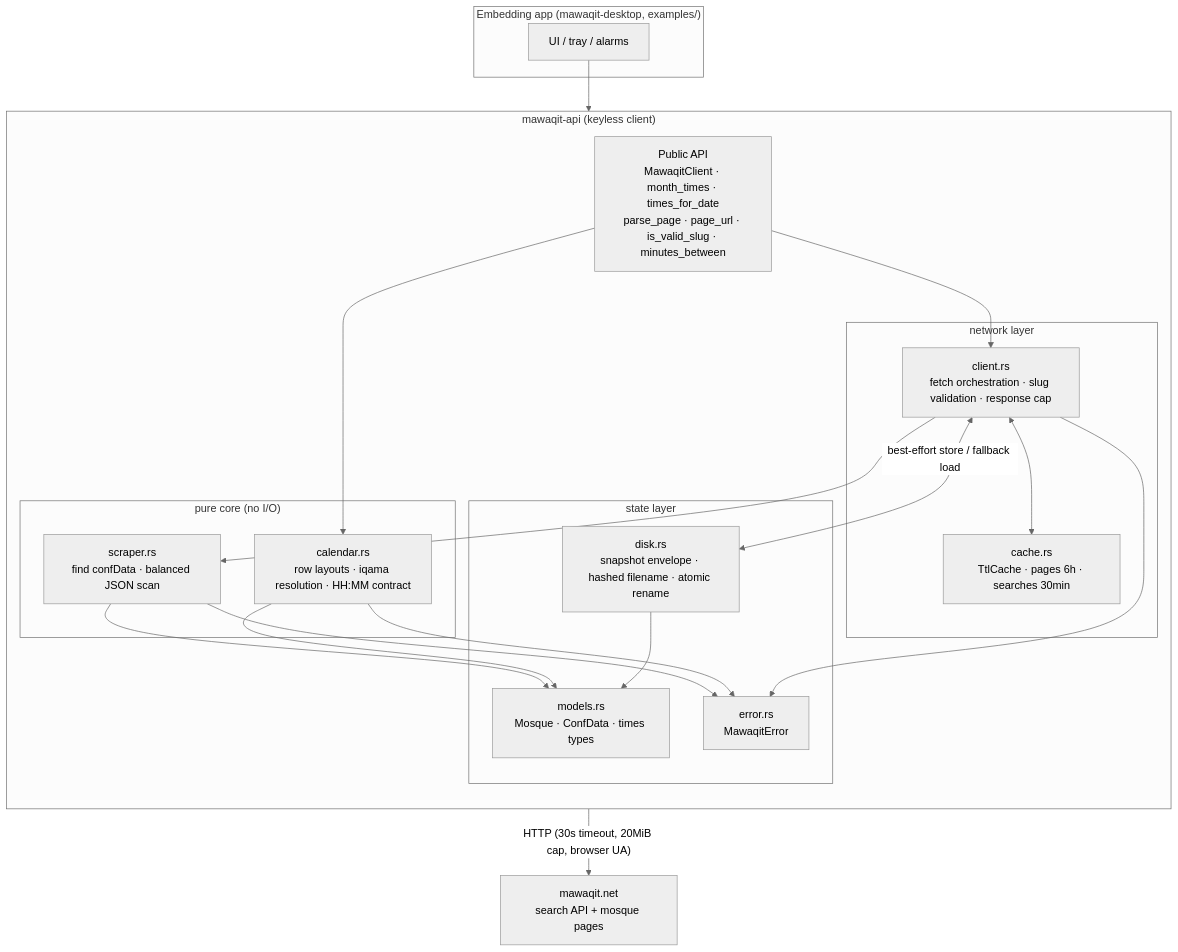
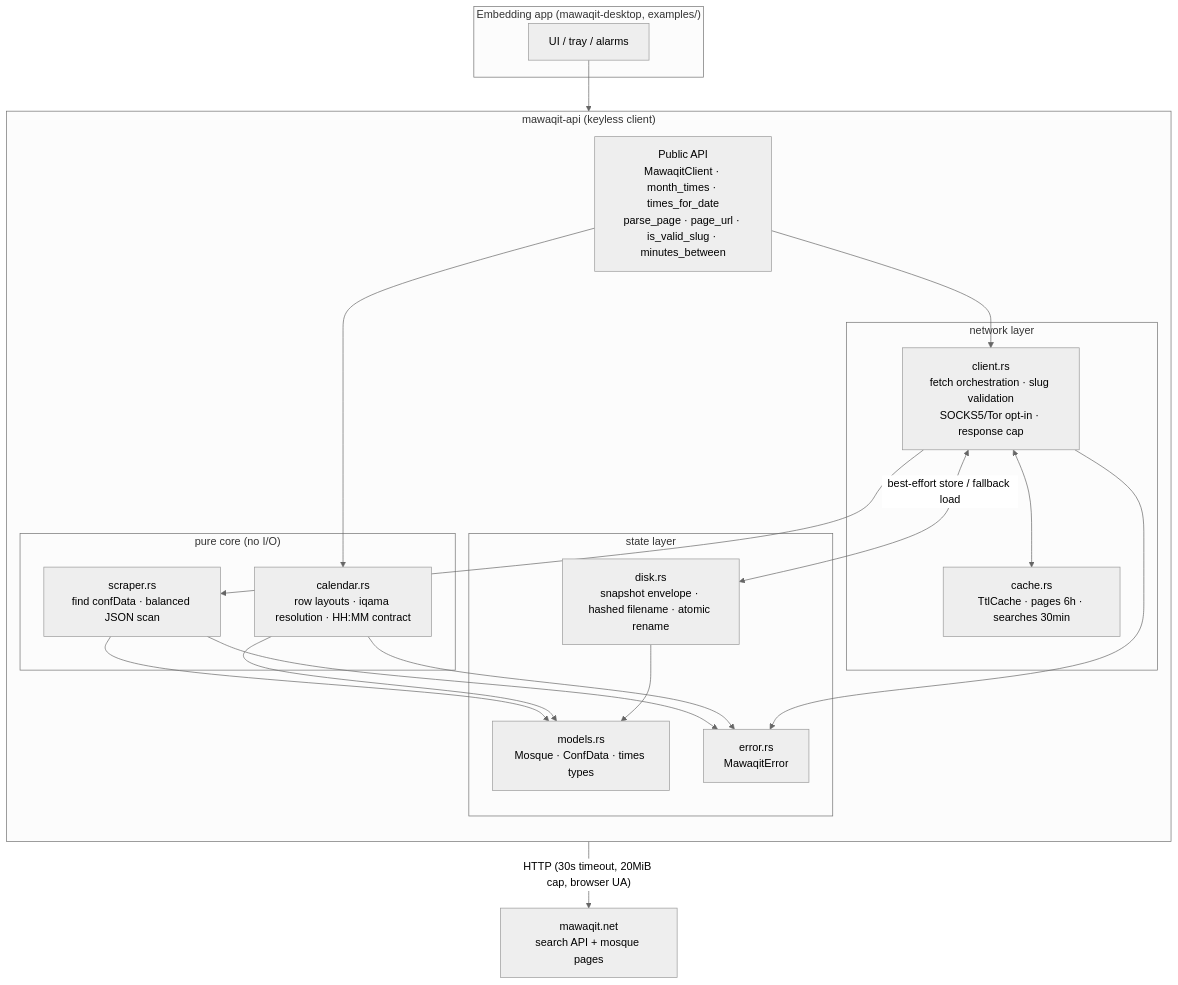
Before and after one commit to Bilel-Eljaamii/mawaqit-api: the diagram in docs/diagrams/system-architecture.md, drawn with Mermaid (neutral theme). The commit also changed 12 other files, not shown here.

````diff
--- a/docs/diagrams/system-architecture.md
+++ b/docs/diagrams/system-architecture.md
@@ -7,43 +7,43 @@
 ```mermaid
 flowchart TB
     subgraph embedder["Embedding app (mawaqit-desktop, examples/)"]
         UI["UI / tray / alarms"]
     end
 
     subgraph lib["mawaqit-api (keyless client)"]
         direction TB
         API["Public API<br/>MawaqitClient · month_times · times_for_date<br/>parse_page · page_url · is_valid_slug · minutes_between"]
 
         subgraph net["network layer"]
-            CLIENT["client.rs<br/>fetch orchestration · slug validation · response cap"]
+            CLIENT["client.rs<br/>fetch orchestration · slug validation<br/>SOCKS5/Tor opt-in · response cap"]
             CACHE["cache.rs<br/>TtlCache · pages 6h · searches 30min"]
         end
 
         subgraph pure["pure core (no I/O)"]
             SCRAPER["scraper.rs<br/>find confData · balanced JSON scan"]
             CALENDAR["calendar.rs<br/>row layouts · iqama resolution · HH:MM contract"]
         end
 
         subgraph state["state layer"]
             DISK["disk.rs<br/>snapshot envelope · hashed filename · atomic rename"]
             MODELS["models.rs<br/>Mosque · ConfData · times types"]
             ERROR["error.rs<br/>MawaqitError"]
         end
     end
 
     MW["mawaqit.net<br/>search API + mosque pages"]
 
     UI --> API
     API --> CLIENT
     CLIENT <--> CACHE
     CLIENT -->|"HTTP (30s timeout, 20MiB cap, browser UA)"| MW
     CLIENT --> SCRAPER
     CLIENT <-->|"best-effort store / fallback load"| DISK
     SCRAPER --> MODELS
     API --> CALENDAR
     CALENDAR --> MODELS
     SCRAPER --> ERROR
     CALENDAR --> ERROR
     CLIENT --> ERROR
     DISK --> MODELS
 ```
````
